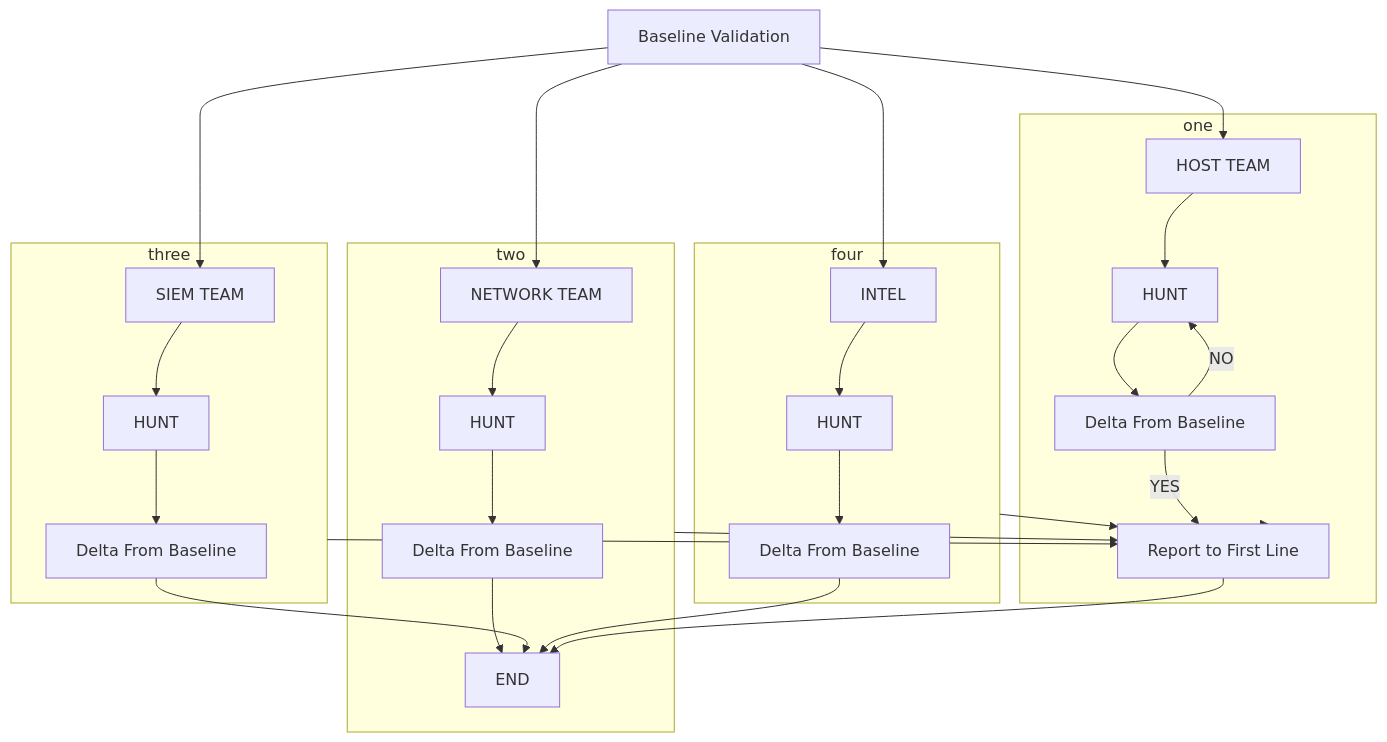
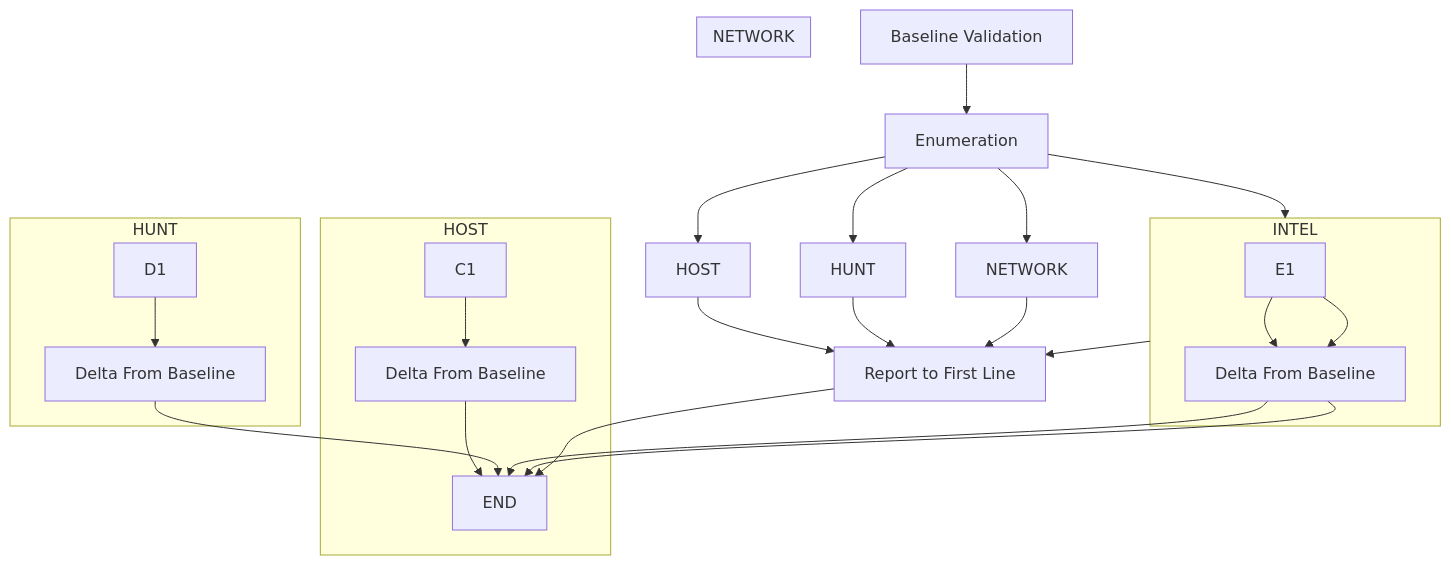
Before and after one commit to huntmckay/cyberflow: the diagram in team_flow.md, drawn with Mermaid.

Commit message:
renames subgraphs to team names

````diff
--- a/team_flow.md
+++ b/team_flow.md
@@ -1,46 +1,42 @@
 ```mermaid
 ---
 Title: Scanning and Validation Flow
 ---
 flowchart TD
-    A[Baseline Validation] 
+    A[Baseline Validation] --> B
 
-    A --> B
-    A --> C
-    A --> D
-    A --> E
+    B[Enumeration]
 
-    subgraph one
-    B[HOST TEAM] --> B1[HUNT]
-    B1 --> B2[Delta From Baseline]
-    B2 --> |YES| Y
-    B2 --> |NO| B1
-    end
+    B --> HOST
+    B --> HUNT
+    B --> INTEL
+    B --> NETWORK
 
-    subgraph two
-    C[NETWORK TEAM] --> C1[HUNT]
+    subgraph HOST 
     C1 --> C2[Delta From Baseline]
     C2 --> Z
     end
 
-    subgraph three
-    D[SIEM TEAM] --> D1[HUNT]
+    subgraph HUNT 
     D1 --> D2[Delta From Baseline]
     D2 --> Z
     end
 
-    subgraph four
-    E[INTEL] --> E1[HUNT]
+    subgraph INTEL
     E1 --> E2[Delta From Baseline]
     E2 --> Z
     end
 
+    subgraph NETWORK 
+    E1 --> E2[Delta From Baseline]
+    E2 --> Z
+    end
 
-    one --> Y
-    two --> Y
-    three --> Y
-    four --> Y
+    HOST --> Y
+    HUNT --> Y
+    INTEL --> Y
+    NETWORK --> Y
 
     Y[Report to First Line] --> Z
     Z[END]
 ```
````
